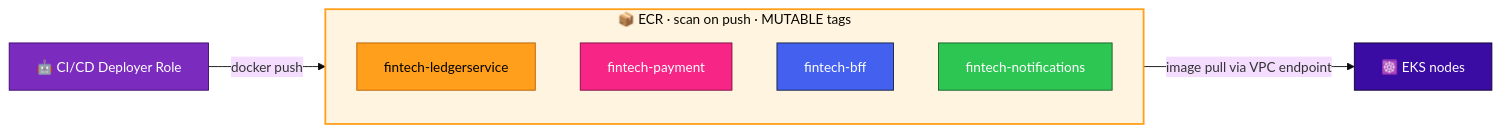
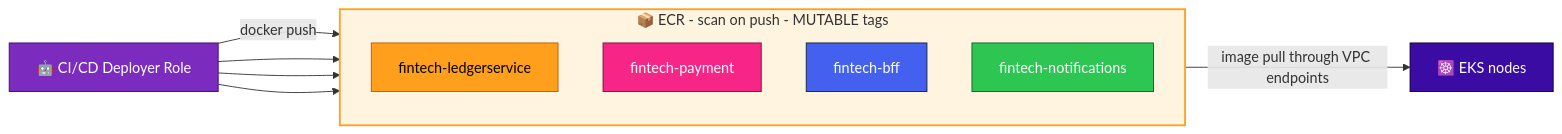
One commit to muntaha747/FinTech-Enterprise-Project changed diagram 11 of 12 in Terraform-FinTech-Infra/README.md. Above: the diagram before and after it, drawn with Mermaid. The commit also changed other lines of this file and 1 other file, not shown here.

Commit message:
Fix README Mermaid diagrams, add interview notes; drop duplicate root EKS access entry [skip CI]

````diff
--- a/Terraform-FinTech-Infra/README.md
+++ b/Terraform-FinTech-Infra/README.md
@@ -392,21 +443,25 @@
 ```mermaid
-%%{init: {'theme':'base','themeVariables':{'fontSize':'15px'}}}%%
 flowchart LR
-    CI[🤖 CI/CD Deployer Role]:::bot -- docker push --> R
-    subgraph R["📦 ECR · scan on push · MUTABLE tags"]
+    CI["🤖 CI/CD Deployer Role"]:::bot -->|"docker push"| L
+    CI --> P
+    CI --> B
+    CI --> N
+
+    subgraph REPOS["📦 ECR - scan on push - MUTABLE tags"]
         direction TB
-        L[fintech-ledgerservice]:::r1
-        P[fintech-payment]:::r2
-        B[fintech-bff]:::r3
-        N[fintech-notifications]:::r4
+        L["fintech-ledgerservice"]:::r1
+        P["fintech-payment"]:::r2
+        B["fintech-bff"]:::r3
+        N["fintech-notifications"]:::r4
     end
-    R -- image pull via VPC endpoint --> EKS[☸️ EKS nodes]:::eks
+
+    REPOS -->|"image pull through VPC endpoints"| EKSN["☸️ EKS nodes"]:::eks
 
     classDef bot fill:#7B2CBF,stroke:#3C096C,color:#fff
-    classDef r1 fill:#FF9F1C,stroke:#B85C00,color:#000
-    classDef r2 fill:#F72585,stroke:#7A0E3E,color:#fff
-    classDef r3 fill:#4361EE,stroke:#14213D,color:#fff
-    classDef r4 fill:#2DC653,stroke:#155D27,color:#fff
+    classDef r1  fill:#FF9F1C,stroke:#B85C00,color:#000
+    classDef r2  fill:#F72585,stroke:#7A0E3E,color:#fff
+    classDef r3  fill:#4361EE,stroke:#14213D,color:#fff
+    classDef r4  fill:#2DC653,stroke:#155D27,color:#fff
     classDef eks fill:#3A0CA3,stroke:#10002B,color:#fff
-    style R fill:#FFF4E0,stroke:#FF9F1C,stroke-width:2px
+    style REPOS fill:#FFF4E0,stroke:#FF9F1C,stroke-width:2px
 ```
````
